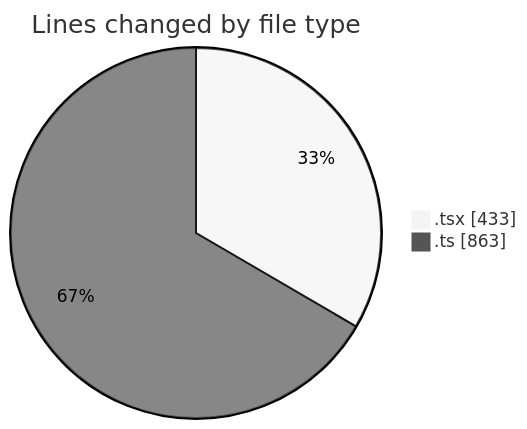
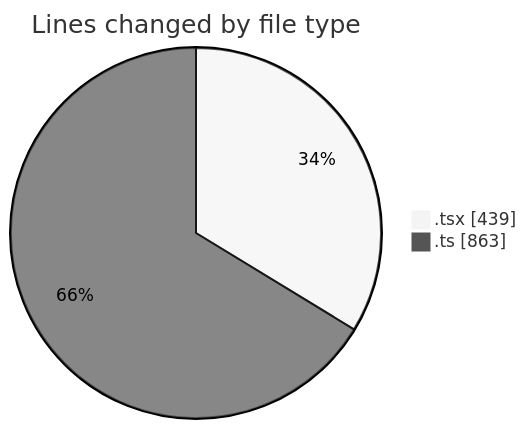
The first of 2 diagrams in 2025-09-05/hiai-phf/README.md (lephambinh05/code-tracking), drawn with Mermaid (neutral theme) before and after one commit. The commit also changed other lines of this file and 1 other file, not shown here.

````diff
--- a/2025-09-05/hiai-phf/README.md
+++ b/2025-09-05/hiai-phf/README.md
@@ -32,6 +32,6 @@
 ```mermaid
 pie showData
 title Lines changed by file type
-".tsx" : 433
+".tsx" : 439
 ".ts" : 863
 ```
````
